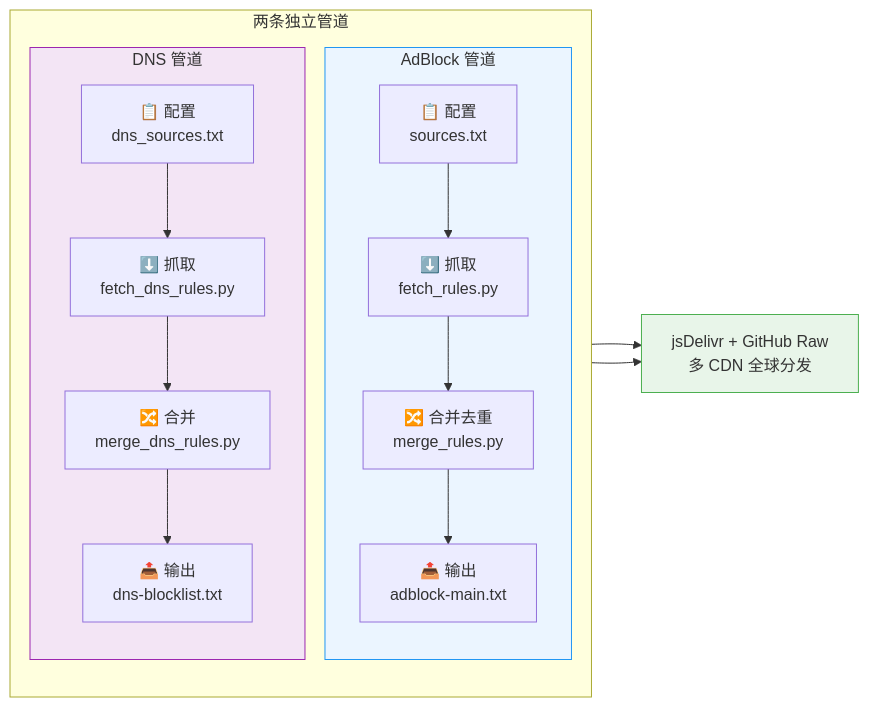
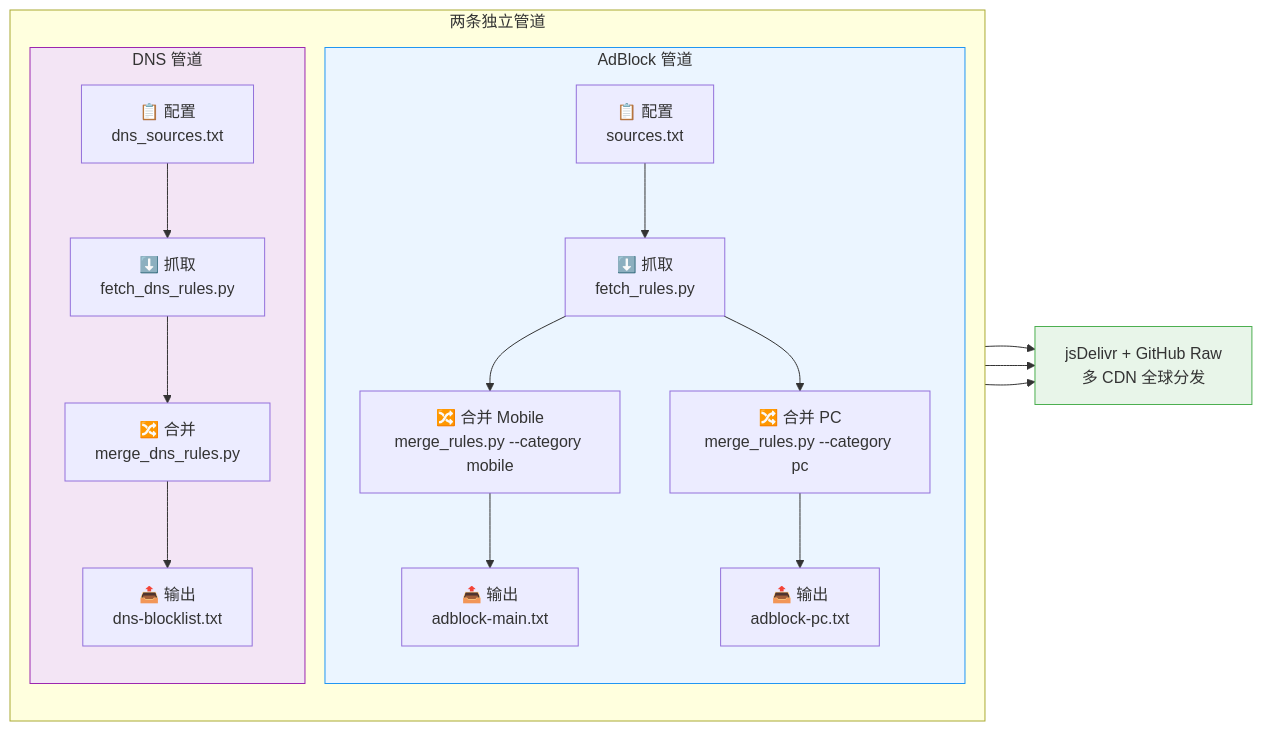
Before and after one commit to Chaniug/FilterFusion: the first of 2 diagrams in README.md, drawn with Mermaid. The commit also changed other lines of this file and 8 other files, not shown here.

````diff
--- a/README.md
+++ b/README.md
@@ -151,22 +152,25 @@
 ```mermaid
 flowchart LR
     subgraph PIPE["两条独立管道"]
         direction TB
         subgraph AD["AdBlock 管道"]
             A1["📋 配置<br/>sources.txt"] --> A2["⬇️ 抓取<br/>fetch_rules.py"]
-            A2 --> A3["🔀 合并去重<br/>merge_rules.py"]
-            A3 --> A4["📤 输出<br/>adblock-main.txt"]
+            A2 --> A3a["🔀 合并 Mobile<br/>merge_rules.py --category mobile"]
+            A2 --> A3b["🔀 合并 PC<br/>merge_rules.py --category pc"]
+            A3a --> A4a["📤 输出<br/>adblock-main.txt"]
+            A3b --> A4b["📤 输出<br/>adblock-pc.txt"]
         end
         subgraph DNS["DNS 管道"]
             D1["📋 配置<br/>dns_sources.txt"] --> D2["⬇️ 抓取<br/>fetch_dns_rules.py"]
             D2 --> D3["🔀 合并<br/>merge_dns_rules.py"]
             D3 --> D4["📤 输出<br/>dns-blocklist.txt"]
         end
     end
-    A4 --> CDN["jsDelivr + GitHub Raw<br/>多 CDN 全球分发"]
+    A4a --> CDN["jsDelivr + GitHub Raw<br/>多 CDN 全球分发"]
+    A4b --> CDN
     D4 --> CDN
 
     style AD fill:#ebf5ff,stroke:#2196f3
     style DNS fill:#f3e5f5,stroke:#9c27b0
     style CDN fill:#e8f5e9,stroke:#4caf50
 ```
````
